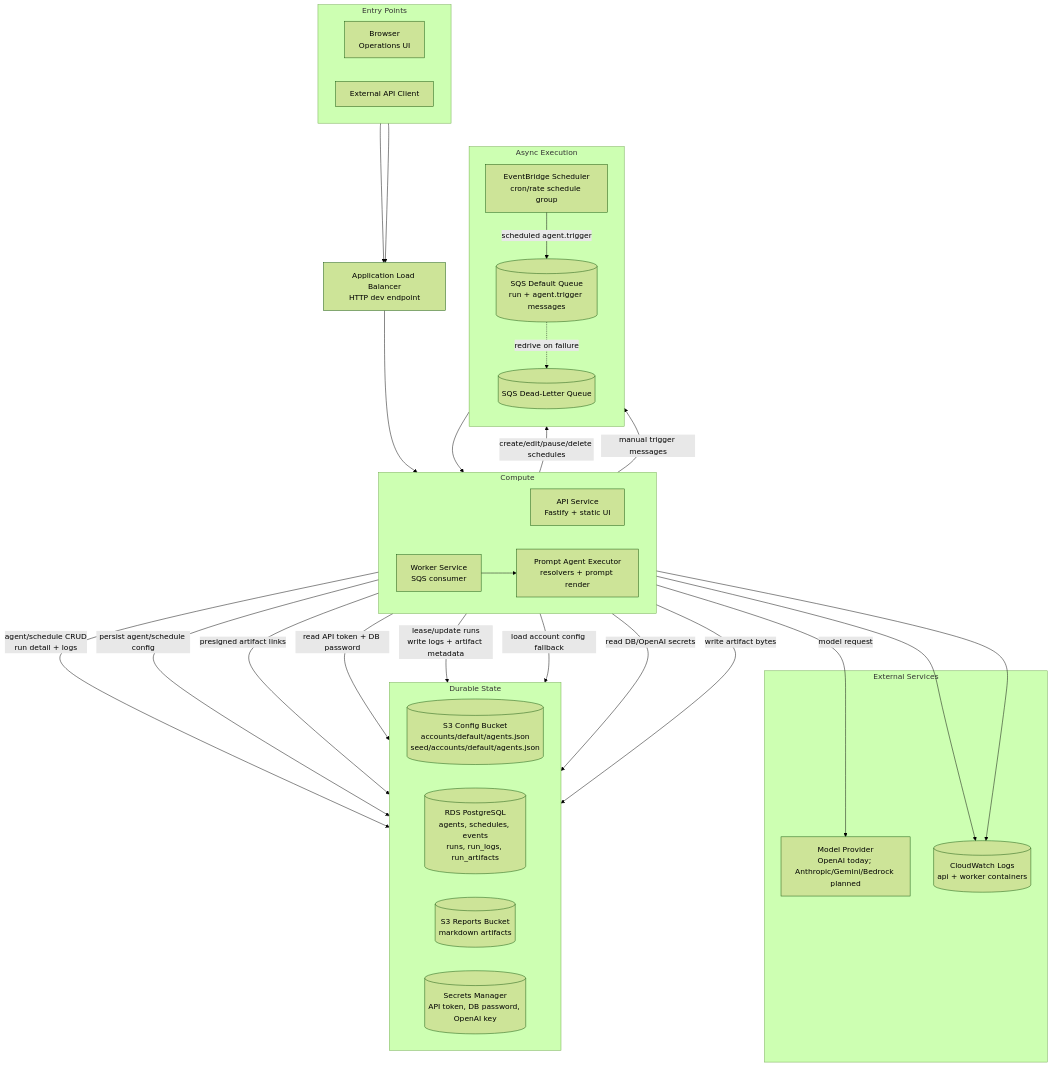
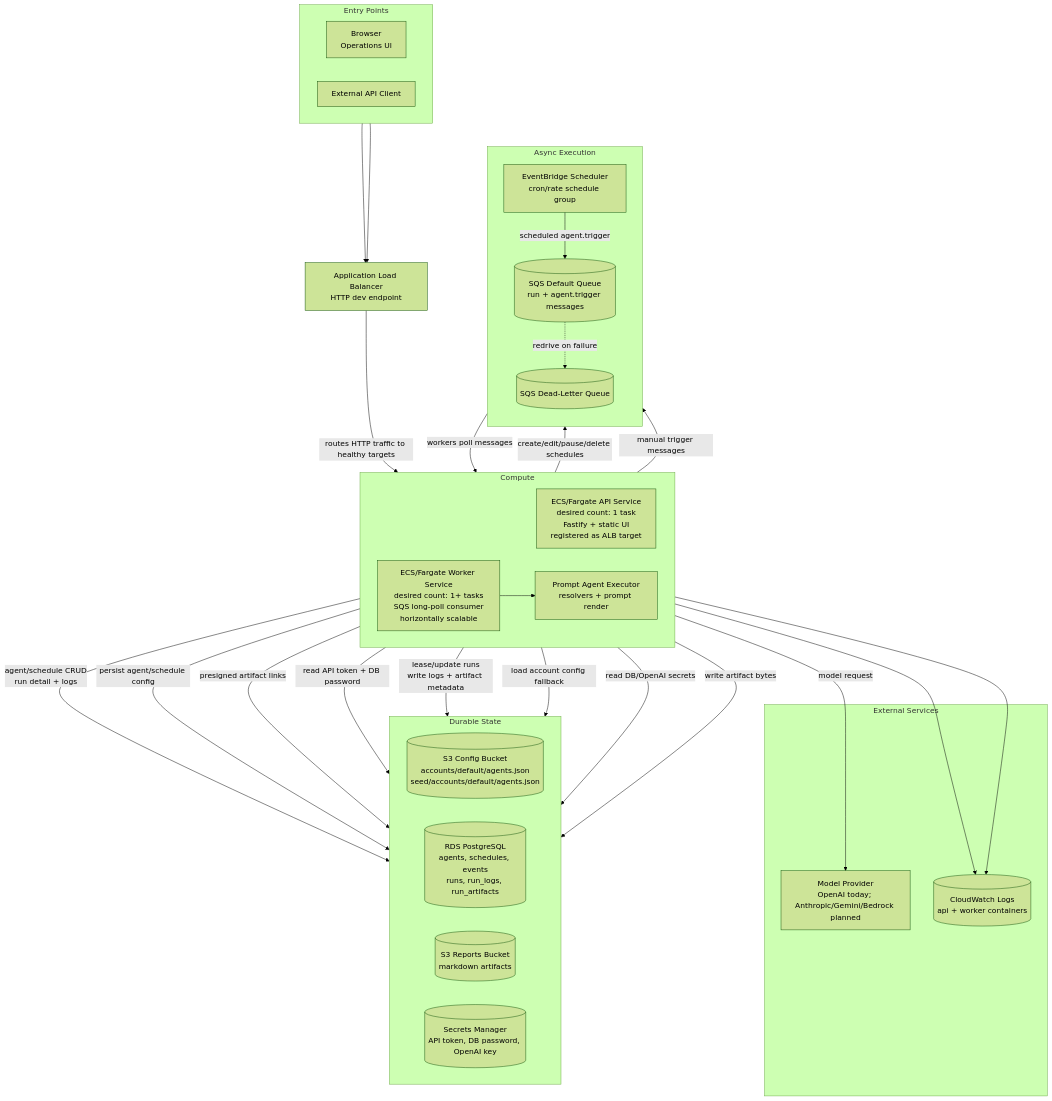
One commit to NTitterton/event-agent changed the first of 2 diagrams in project_design.md. Above: the diagram before and after it, drawn with Mermaid (forest theme).

Commit message:
Clarify ECS service roles in diagram

````diff
--- a/project_design.md
+++ b/project_design.md
@@ -7,62 +7,62 @@
 ```mermaid
 flowchart TB
     subgraph Entry["Entry Points"]
         direction LR
         Browser["Browser<br/>Operations UI"]
         Client["External API Client"]
     end
 
     ALB["Application Load Balancer<br/>HTTP dev endpoint"]
 
     subgraph Runtime["Compute"]
         direction LR
-        API["API Service<br/>Fastify + static UI"]
-        Worker["Worker Service<br/>SQS consumer"]
+        API["ECS/Fargate API Service<br/>desired count: 1 task<br/>Fastify + static UI<br/>registered as ALB target"]
+        Worker["ECS/Fargate Worker Service<br/>desired count: 1+ tasks<br/>SQS long-poll consumer<br/>horizontally scalable"]
         Executor["Prompt Agent Executor<br/>resolvers + prompt render"]
     end
 
     subgraph Async["Async Execution"]
         direction TB
         Scheduler["EventBridge Scheduler<br/>cron/rate schedule group"]
         Queue[("SQS Default Queue<br/>run + agent.trigger messages")]
         DLQ[("SQS Dead-Letter Queue")]
     end
 
     subgraph External["External Services"]
         Provider["Model Provider<br/>OpenAI today; Anthropic/Gemini/Bedrock planned"]
         Logs[("CloudWatch Logs<br/>api + worker containers")]
     end
 
     subgraph State["Durable State"]
         direction LR
         Config[("S3 Config Bucket<br/>accounts/default/agents.json<br/>seed/accounts/default/agents.json")]
         DB[("RDS PostgreSQL<br/>agents, schedules, events<br/>runs, run_logs, run_artifacts")]
         Reports[("S3 Reports Bucket<br/>markdown artifacts")]
         Secrets[("Secrets Manager<br/>API token, DB password, OpenAI key")]
     end
 
     Browser --> ALB
     Client --> ALB
-    ALB --> API
+    ALB -->|"routes HTTP traffic to healthy targets"| API
 
     API -->|"agent/schedule CRUD<br/>run detail + logs"| DB
     API -->|"persist agent/schedule config"| Config
     API -->|"create/edit/pause/delete schedules"| Scheduler
     API -->|"manual trigger messages"| Queue
     API -->|"presigned artifact links"| Reports
     API -->|"read API token + DB password"| Secrets
 
     Scheduler -->|"scheduled agent.trigger"| Queue
-    Queue --> Worker
+    Queue -->|"workers poll messages"| Worker
     Queue -. "redrive on failure" .-> DLQ
 
     Worker -->|"lease/update runs<br/>write logs + artifact metadata"| DB
     Worker -->|"load account config fallback"| Config
     Worker -->|"read DB/OpenAI secrets"| Secrets
     Worker --> Executor
     Executor -->|"model request"| Provider
     Executor -->|"write artifact bytes"| Reports
 
     API --> Logs
     Worker --> Logs
 ```
````
